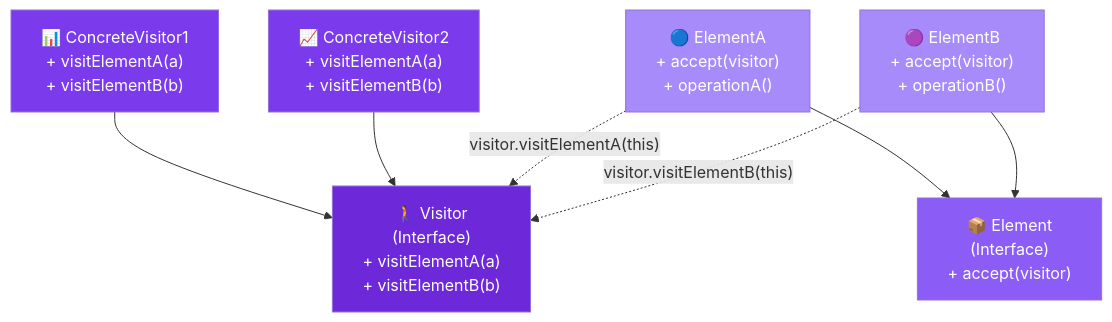
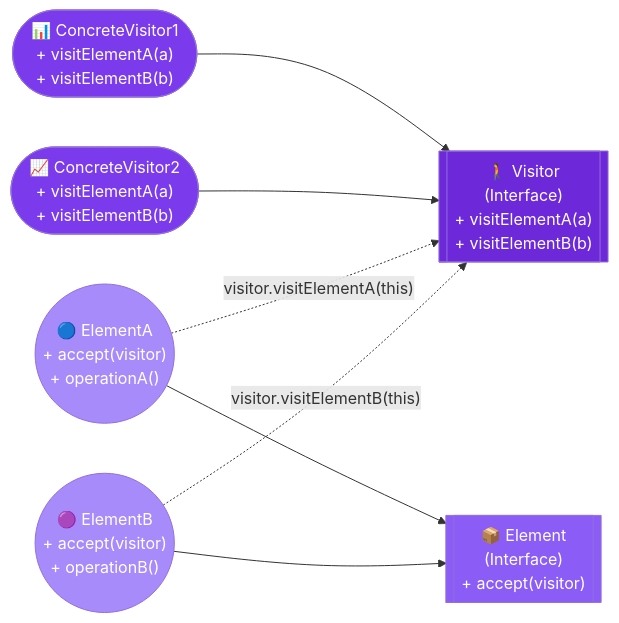
Before and after one commit to saivamsikaruturi/vamsilabs-dev-notes-main: the second of 3 diagrams in docs/designpatterns/behaviouralDesignPatterns/VisitorDp.md, drawn with Mermaid. The commit also changed other lines of this file and 146 other files, not shown here.

Commit message:
Horizontal diagrams, UML class diagrams, typography overhaul, and permalink cleanup

````diff
--- a/docs/designpatterns/behaviouralDesignPatterns/VisitorDp.md
+++ b/docs/designpatterns/behaviouralDesignPatterns/VisitorDp.md
@@ -31,23 +31,23 @@
 ```mermaid
-flowchart TD
-    Visitor["🚶 Visitor\n(Interface)\n+ visitElementA(a)\n+ visitElementB(b)"]
-    ConcreteVisitor1["📊 ConcreteVisitor1\n+ visitElementA(a)\n+ visitElementB(b)"]
-    ConcreteVisitor2["📈 ConcreteVisitor2\n+ visitElementA(a)\n+ visitElementB(b)"]
-    Element["📦 Element\n(Interface)\n+ accept(visitor)"]
-    ElementA["🔵 ElementA\n+ accept(visitor)\n+ operationA()"]
-    ElementB["🟣 ElementB\n+ accept(visitor)\n+ operationB()"]
+flowchart LR
+    Visitor[["🚶 Visitor\n(Interface)\n+ visitElementA(a)\n+ visitElementB(b)"]]
+    ConcreteVisitor1(["📊 ConcreteVisitor1\n+ visitElementA(a)\n+ visitElementB(b)"])
+    ConcreteVisitor2(["📈 ConcreteVisitor2\n+ visitElementA(a)\n+ visitElementB(b)"])
+    Element[["📦 Element\n(Interface)\n+ accept(visitor)"]]
+    ElementA(("🔵 ElementA\n+ accept(visitor)\n+ operationA()"))
+    ElementB(("🟣 ElementB\n+ accept(visitor)\n+ operationB()"))
 
     ConcreteVisitor1 --> Visitor
     ConcreteVisitor2 --> Visitor
     ElementA --> Element
     ElementB --> Element
     ElementA -.->|"visitor.visitElementA(this)"| Visitor
     ElementB -.->|"visitor.visitElementB(this)"| Visitor
 
     style Visitor fill:#6d28d9,color:#fff
     style ConcreteVisitor1 fill:#7c3aed,color:#fff
     style ConcreteVisitor2 fill:#7c3aed,color:#fff
     style Element fill:#8b5cf6,color:#fff
     style ElementA fill:#a78bfa,color:#fff
     style ElementB fill:#a78bfa,color:#fff
 ```
````
